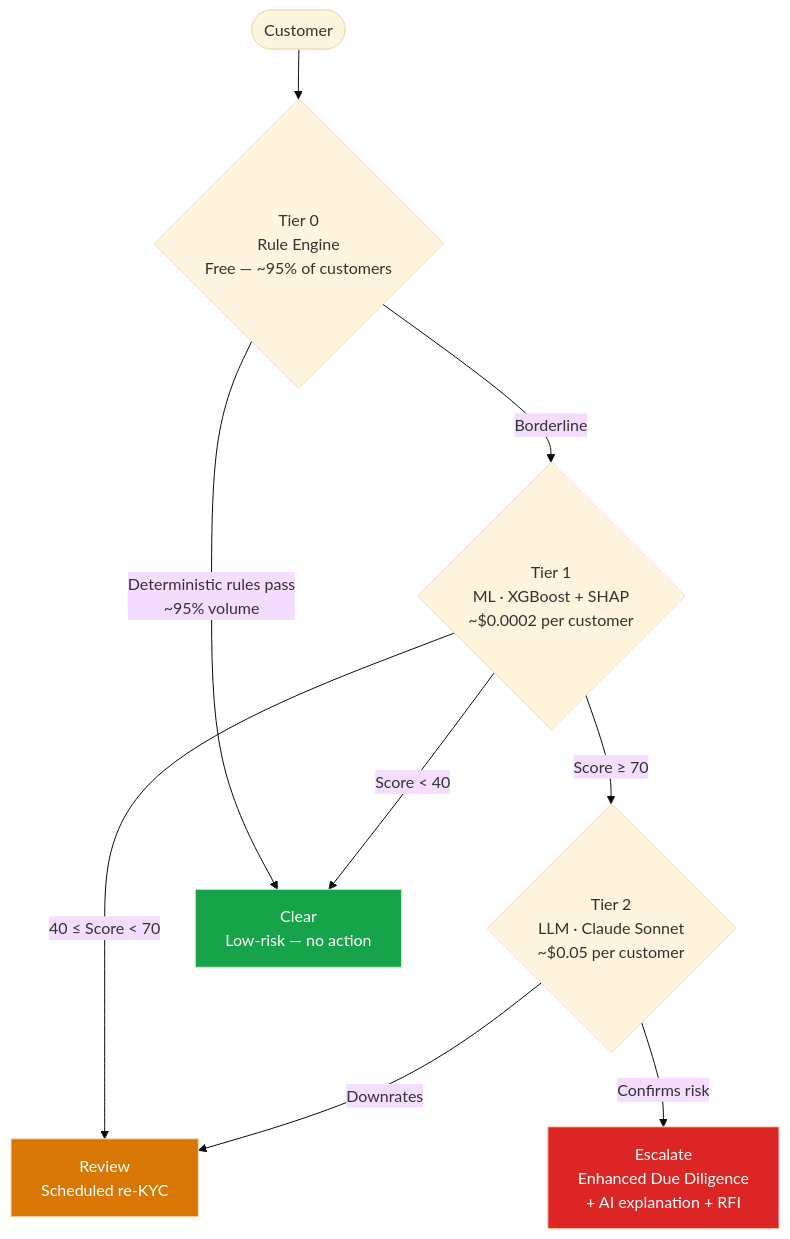
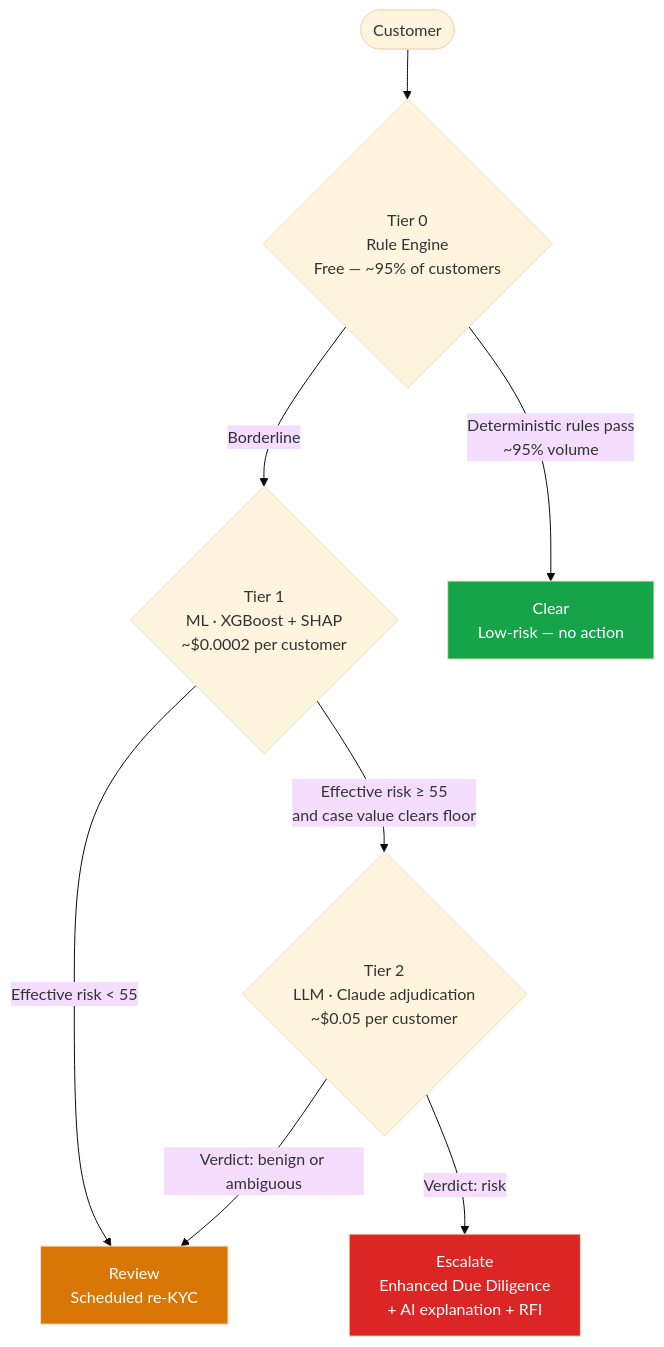
Before and after one commit to SteveDok22/Swisshacks-2026: the second of 4 diagrams in docs/drift-engine.md, drawn with Mermaid (base theme). The commit also changed other lines of this file and 12 other files, not shown here.

````diff
--- a/docs/drift-engine.md
+++ b/docs/drift-engine.md
@@ -151,25 +151,24 @@
 ```mermaid
 flowchart TD
     Start([Customer])
 
     T0{"Tier 0\nRule Engine\nFree — ~95% of customers"}
     T1{"Tier 1\nML · XGBoost + SHAP\n~$0.0002 per customer"}
-    T2{"Tier 2\nLLM · Claude Sonnet\n~$0.05 per customer"}
+    T2{"Tier 2\nLLM · Claude adjudication\n~$0.05 per customer"}
 
     Clear["Clear\nLow-risk — no action"]
     Review["Review\nScheduled re-KYC"]
     EDD["Escalate\nEnhanced Due Diligence\n+ AI explanation + RFI"]
 
     Start --> T0
     T0 -->|"Deterministic rules pass\n~95% volume"| Clear
     T0 -->|Borderline| T1
-    T1 -->|Score < 40| Clear
-    T1 -->|40 ≤ Score < 70| Review
-    T1 -->|Score ≥ 70| T2
-    T2 -->|Confirms risk| EDD
-    T2 -->|Downrates| Review
+    T1 -->|Effective risk < 55| Review
+    T1 -->|Effective risk ≥ 55\nand case value clears floor| T2
+    T2 -->|Verdict: risk| EDD
+    T2 -->|Verdict: benign or ambiguous| Review
 
     style Clear fill:#16a34a,color:#fff
     style Review fill:#d97706,color:#fff
     style EDD fill:#dc2626,color:#fff
 ```
````
